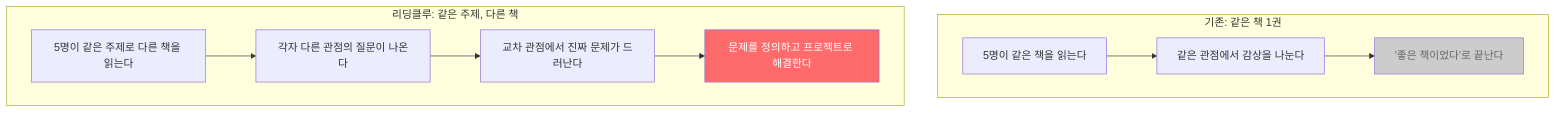
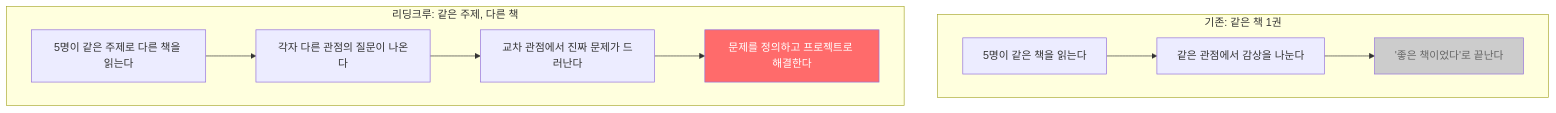
The first of 16 diagrams in 아이디어/6단계-리딩클루_유저시나리오_SMILE형.md (Collegenie-X/ReadingClueProject), drawn with Mermaid before and after one commit. The commit also changed other lines of this file and 9 other files, not shown here.

````diff
--- a/아이디어/6단계-리딩클루_유저시나리오_SMILE형.md
+++ b/아이디어/6단계-리딩클루_유저시나리오_SMILE형.md
@@ -83,20 +83,20 @@
 ```mermaid
 graph TD
     subgraph "기존: 같은 책 1권"
         O1["5명이 같은 책을 읽는다"]
         O2["같은 관점에서 감상을 나눈다"]
         O3["'좋은 책이었다'로 끝난다"]
         O1 --> O2 --> O3
     end
 
-    subgraph "리딩클루: 같은 주제, 다른 책"
+    subgraph "리딩크루: 같은 주제, 다른 책"
         N1["5명이 같은 주제로 다른 책을 읽는다"]
         N2["각자 다른 관점의 질문이 나온다"]
         N3["교차 관점에서 진짜 문제가 드러난다"]
         N4["문제를 정의하고 프로젝트로 해결한다"]
         N1 --> N2 --> N3 --> N4
     end
 
     style O3 fill:#ccc,color:#666
     style N4 fill:#FF6B6B,color:#fff
 ```
````
